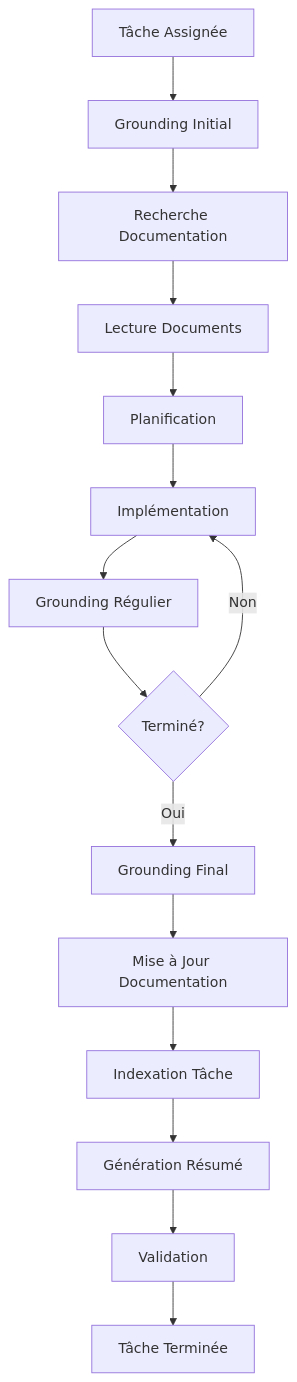
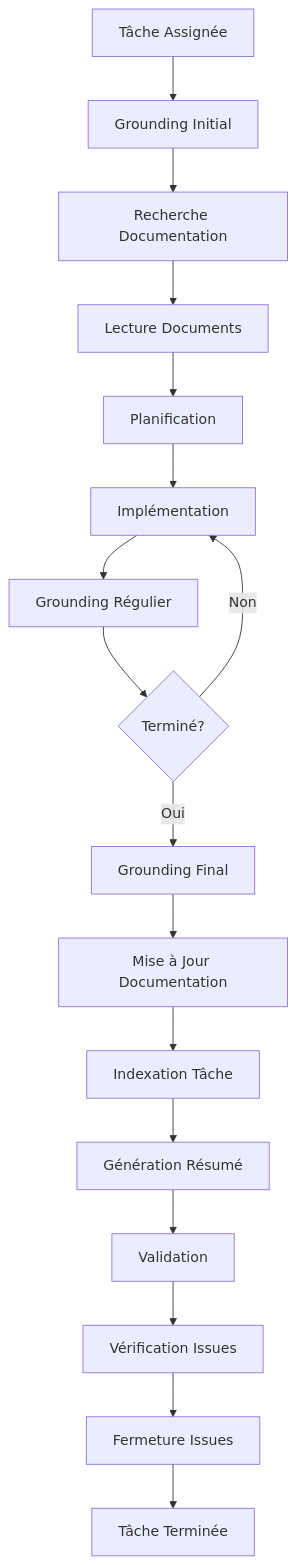
One commit to jsboige/roo-extensions changed the third of 3 diagrams in docs/roosync/PROTOCOLE_SDDD.md. Above: the diagram before and after it, drawn with Mermaid. The commit also changed other lines of this file, not shown here.

Commit message:
docs(roosync): Ajout de l'etape de verification et fermeture des issues dans le protocole SDDD v2.4.0

````diff
--- a/docs/roosync/PROTOCOLE_SDDD.md
+++ b/docs/roosync/PROTOCOLE_SDDD.md
@@ -596,17 +628,19 @@
 ```mermaid
 graph TB
     A[Tâche Assignée] --> B[Grounding Initial]
     B --> C[Recherche Documentation]
     C --> D[Lecture Documents]
     D --> E[Planification]
     E --> F[Implémentation]
     F --> G[Grounding Régulier]
     G --> H{Terminé?}
     H -->|Non| F
     H -->|Oui| I[Grounding Final]
     I --> J[Mise à Jour Documentation]
     J --> K[Indexation Tâche]
     K --> L[Génération Résumé]
     L --> M[Validation]
-    M --> N[Tâche Terminée]
+    M --> N[Vérification Issues]
+    N --> O[Fermeture Issues]
+    O --> P[Tâche Terminée]
 ```
````
